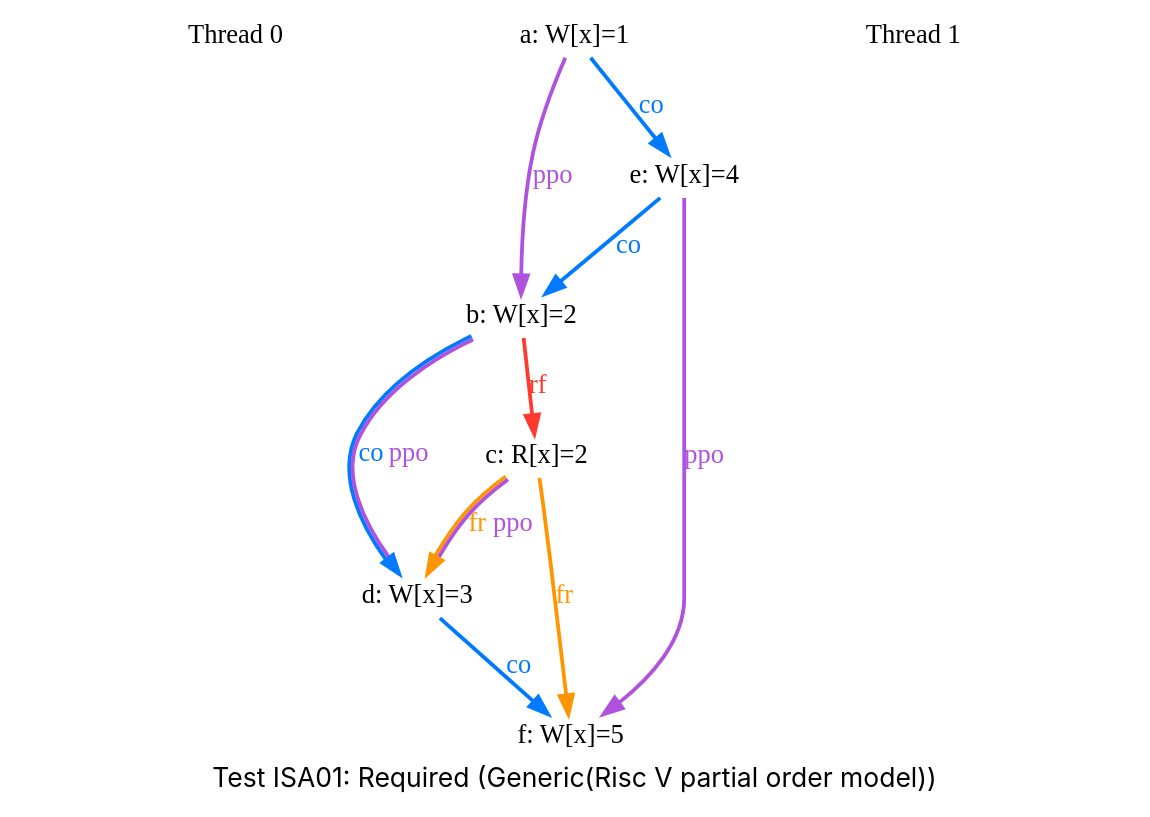
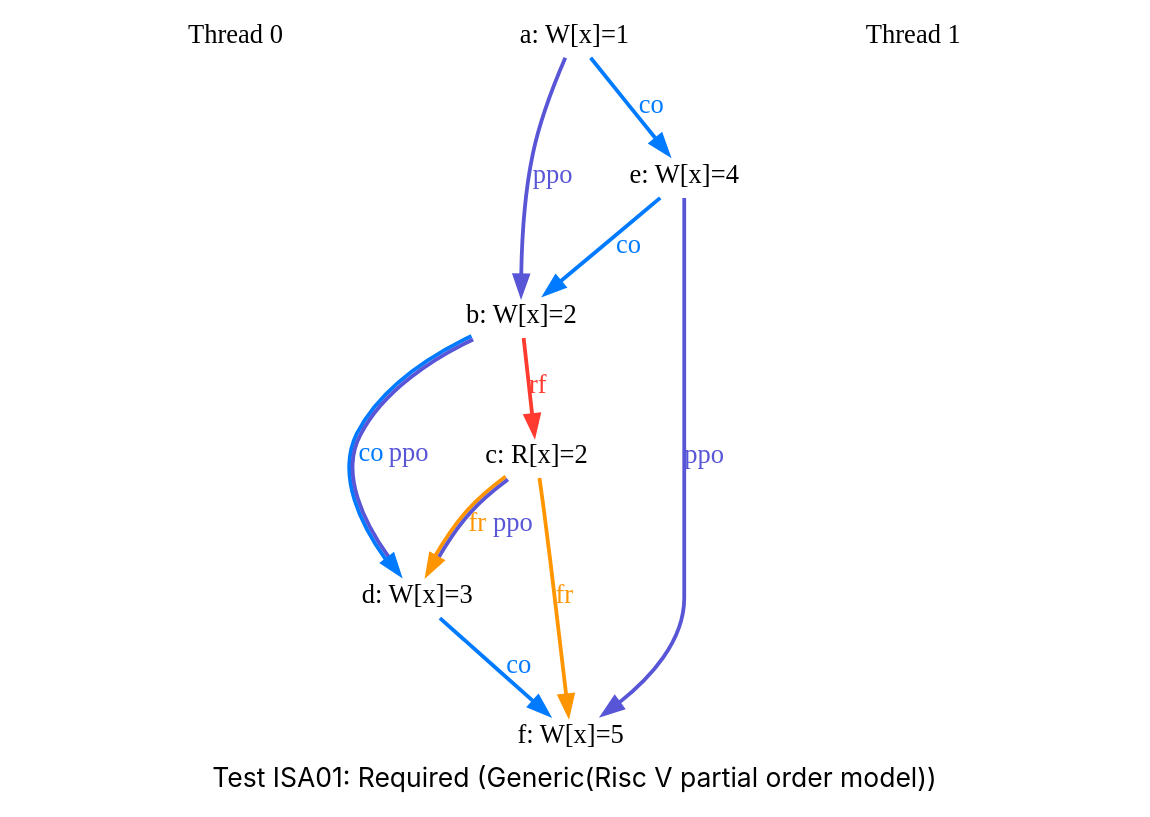
One commit to jiangshengdev/rcore changed the diagram in docs/example/_assets/images/light/ISA01/graph_09.dot. Above: the diagram before and after it, drawn with Graphviz. The commit also changed 104 other files, not shown here.

```diff
--- a/docs/example/_assets/images/light/ISA01/graph_09.dot
+++ b/docs/example/_assets/images/light/ISA01/graph_09.dot
@@ -1,41 +1,41 @@
 digraph G {
 
 splines=spline;
 pad="0.000000";
 fontname="SF Pro Display";
 
 /* legend */
 fontsize=14;
 label="Test ISA01: Required (Generic(Risc V partial order model))";
 
 
 /* the unlocked events */
 proc0_label_node [shape=none, fontsize=14, label="Thread 0", pos="1.000000,4.050000!", fixedsize=true, width=3.250000, height=0.281250]
 eiid0 [label="a: W[x]=1", shape="none", fontsize=14, pos="1.000000,3.375000!", fixedsize="false", height="0.194444", width="1.166667"];
 eiid1 [label="b: W[x]=2", shape="none", fontsize=14, pos="1.000000,2.250000!", fixedsize="false", height="0.194444", width="1.166667"];
 eiid2 [label="c: R[x]=2", shape="none", fontsize=14, pos="1.000000,1.125000!", fixedsize="false", height="0.194444", width="1.166667"];
 eiid3 [label="d: W[x]=3", shape="none", fontsize=14, pos="1.000000,0.000000!", fixedsize="false", height="0.194444", width="1.166667"];
 proc1_label_node [shape=none, fontsize=14, label="Thread 1", pos="6.000000,4.050000!", fixedsize=true, width=3.250000, height=0.281250]
 eiid4 [label="e: W[x]=4", shape="none", fontsize=14, pos="6.000000,3.375000!", fixedsize="false", height="0.194444", width="1.166667"];
 eiid5 [label="f: W[x]=5", shape="none", fontsize=14, pos="6.000000,2.250000!", fixedsize="false", height="0.194444", width="1.166667"];
 
 /* the intra_causality_data edges */
 
 
 /* the intra_causality_control edges */
 
 /* the poi edges */
 /* the rfmap edges */
 
 
 /* The viewed-before edges */
-eiid0 -> eiid1 [label=<<font color="#AF52DE">ppo</font>>, color="#AF52DE", fontsize=14, penwidth="2.000000", arrowsize="1.000000"];
+eiid0 -> eiid1 [label=<<font color="#5856D6">ppo</font>>, color="#5856D6", fontsize=14, penwidth="2.000000", arrowsize="1.000000"];
 eiid0 -> eiid4 [label=<<font color="#007AFF">co</font>>, color="#007AFF", fontsize=14, penwidth="2.000000", arrowsize="1.000000"];
 eiid1 -> eiid2 [label=<<font color="#FF3B30">rf</font>>, color="#FF3B30", fontsize=14, penwidth="2.000000", arrowsize="1.000000"];
-eiid1 -> eiid3 [label=<<font color="#007AFF">co</font><font color="#AF52DE">ppo</font>>, color="#007AFF:#AF52DE", fontsize=14, penwidth="2.000000", arrowsize="1.000000"];
-eiid2 -> eiid3 [label=<<font color="#FF9500">fr</font><font color="#AF52DE">ppo</font>>, color="#FF9500:#AF52DE", fontsize=14, penwidth="2.000000", arrowsize="1.000000"];
+eiid1 -> eiid3 [label=<<font color="#007AFF">co</font><font color="#5856D6">ppo</font>>, color="#007AFF:#5856D6", fontsize=14, penwidth="2.000000", arrowsize="1.000000"];
+eiid2 -> eiid3 [label=<<font color="#FF9500">fr</font><font color="#5856D6">ppo</font>>, color="#FF9500:#5856D6", fontsize=14, penwidth="2.000000", arrowsize="1.000000"];
 eiid2 -> eiid5 [label=<<font color="#FF9500">fr</font>>, color="#FF9500", fontsize=14, penwidth="2.000000", arrowsize="1.000000"];
 eiid3 -> eiid5 [label=<<font color="#007AFF">co</font>>, color="#007AFF", fontsize=14, penwidth="2.000000", arrowsize="1.000000"];
 eiid4 -> eiid1 [label=<<font color="#007AFF">co</font>>, color="#007AFF", fontsize=14, penwidth="2.000000", arrowsize="1.000000"];
-eiid4 -> eiid5 [label=<<font color="#AF52DE">ppo</font>>, color="#AF52DE", fontsize=14, penwidth="2.000000", arrowsize="1.000000"];
+eiid4 -> eiid5 [label=<<font color="#5856D6">ppo</font>>, color="#5856D6", fontsize=14, penwidth="2.000000", arrowsize="1.000000"];
 }
```
